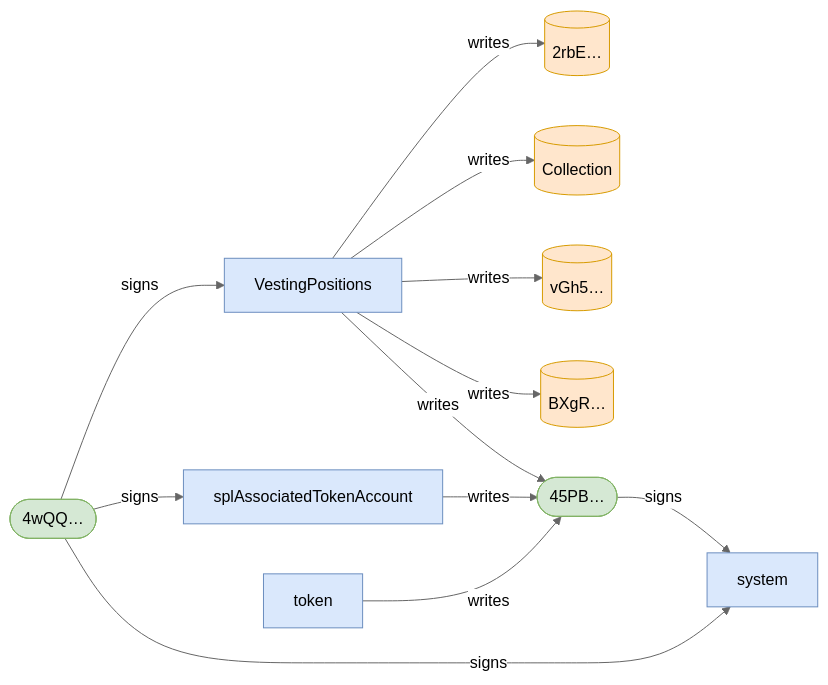
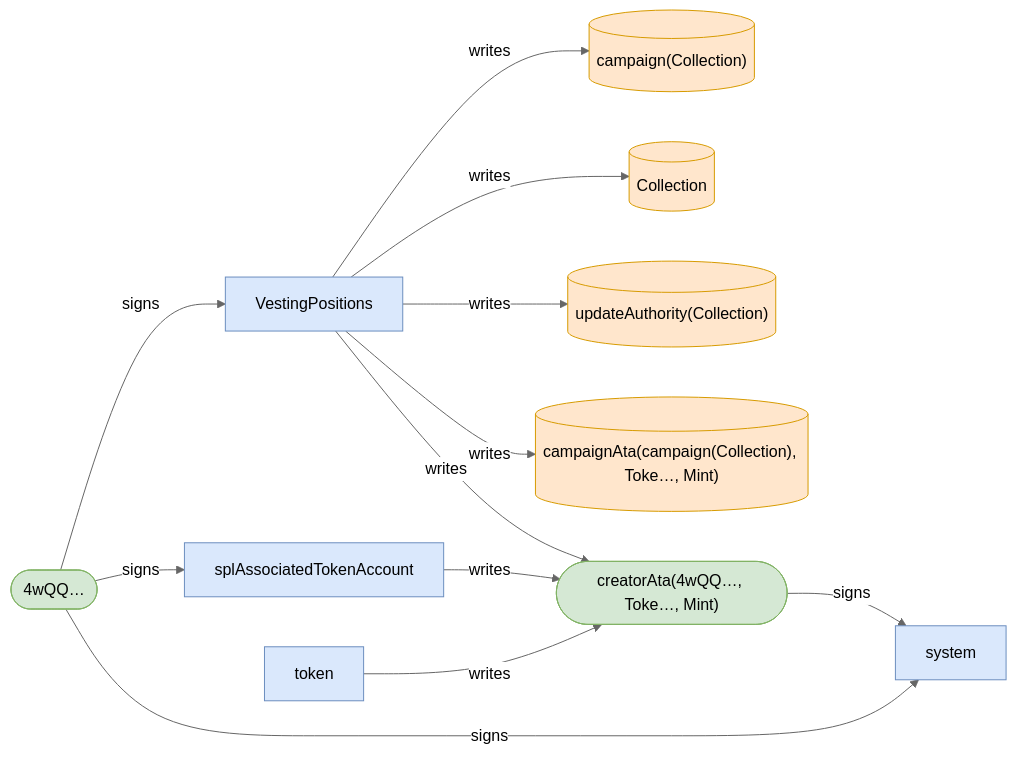
The fifth of 6 diagrams in babelfish-tests/test-report/cancel_campaign_requires_creator.md (cds-turbin3/vesting-position), drawn with Mermaid (neutral theme) before and after one commit. The commit also changed other lines of this file and 51 other files, not shown here.

````diff
--- a/babelfish-tests/test-report/cancel_campaign_requires_creator.md
+++ b/babelfish-tests/test-report/cancel_campaign_requires_creator.md
@@ -245,27 +208,27 @@
 ```mermaid
 flowchart LR
     VestingPositions["VestingPositions"]:::program
     4wQQ(["4wQQ…"]):::signer
-    2rbE[("2rbE…")]:::state
+    campaignCollection[("campaign(Collection)")]:::state
     Collection[("Collection")]:::state
-    vGh5[("vGh5…")]:::state
-    BXgR[("BXgR…")]:::state
-    45PB(["45PB…"]):::signer
+    updateAuthorityCollection[("updateAuthority(Collection)")]:::state
+    campaignAtacampaignCollectionTokeMint[("campaignAta(campaign(Collection), Toke…, Mint)")]:::state
+    creatorAta4wQQTokeMint(["creatorAta(4wQQ…, Toke…, Mint)"]):::signer
     splAssociatedTokenAccount["splAssociatedTokenAccount"]:::program
     token["token"]:::program
     system["system"]:::program
     4wQQ -->|signs| VestingPositions
-    VestingPositions -->|writes| 2rbE
+    VestingPositions -->|writes| campaignCollection
     VestingPositions -->|writes| Collection
-    VestingPositions -->|writes| vGh5
-    VestingPositions -->|writes| BXgR
-    VestingPositions -->|writes| 45PB
+    VestingPositions -->|writes| updateAuthorityCollection
+    VestingPositions -->|writes| campaignAtacampaignCollectionTokeMint
+    VestingPositions -->|writes| creatorAta4wQQTokeMint
     4wQQ -->|signs| splAssociatedTokenAccount
-    splAssociatedTokenAccount -->|writes| 45PB
+    splAssociatedTokenAccount -->|writes| creatorAta4wQQTokeMint
     4wQQ -->|signs| system
-    45PB -->|signs| system
-    token -->|writes| 45PB
+    creatorAta4wQQTokeMint -->|signs| system
+    token -->|writes| creatorAta4wQQTokeMint
     classDef program fill:#dae8fc,stroke:#6c8ebf;
     classDef signer fill:#d5e8d4,stroke:#82b366;
     classDef state fill:#ffe6cc,stroke:#d79b00;
 ```
````
